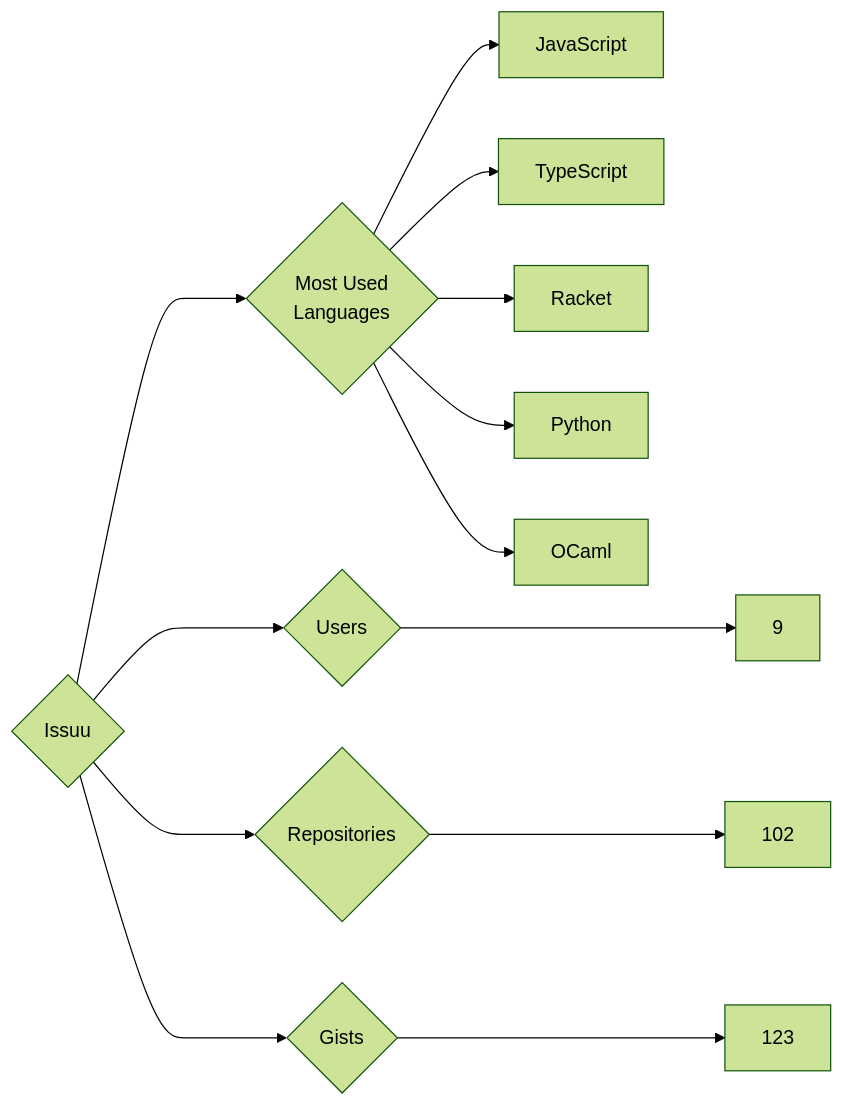
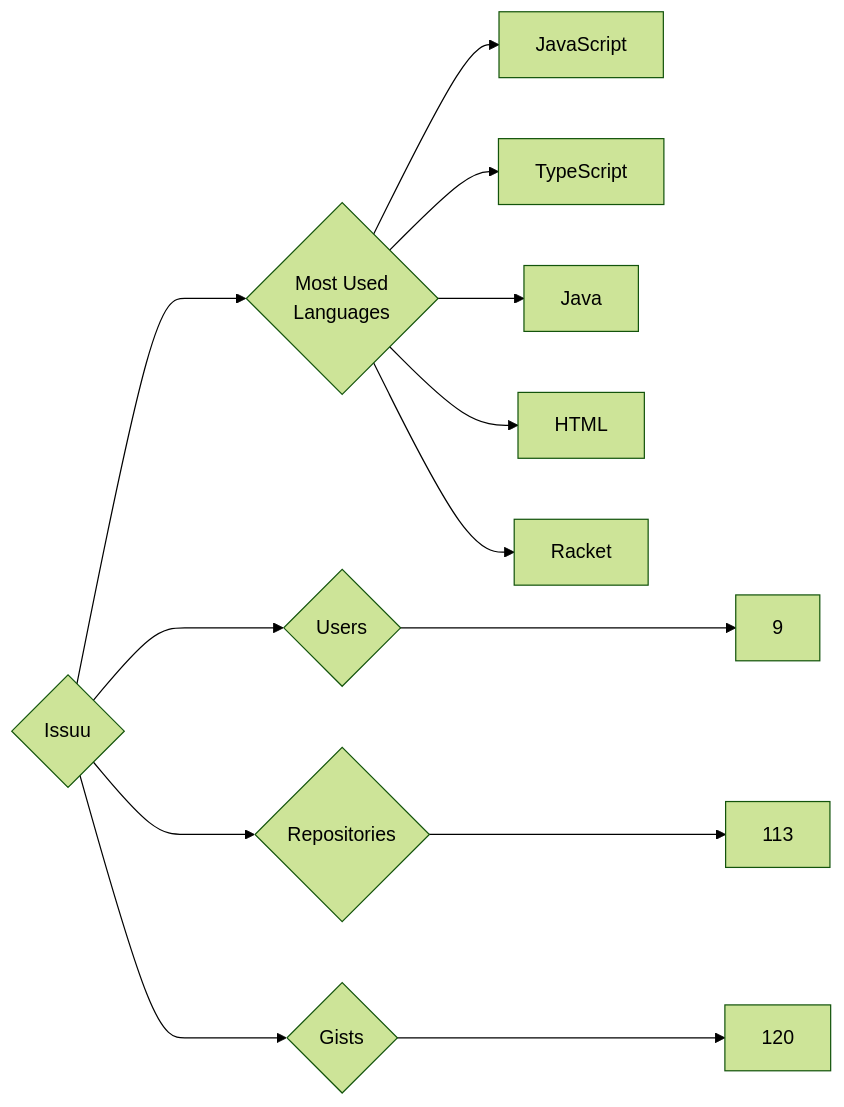
The diagram in targets/Issuu/README.md (trickest/insiders), drawn with Mermaid (forest theme) before and after one commit. The commit also changed 984 other files, not shown here.

````diff
--- a/targets/Issuu/README.md
+++ b/targets/Issuu/README.md
@@ -3,13 +3,13 @@
 ```mermaid
 graph LR
 COMPANY_NAME{Issuu}
 COMPANY_NAME ---> U{Users} ---> UN[9]
-COMPANY_NAME ---> R{Repositories} ---> RN[102]
-COMPANY_NAME ---> G{Gists} ---> GN[123]
+COMPANY_NAME ---> R{Repositories} ---> RN[113]
+COMPANY_NAME ---> G{Gists} ---> GN[120]
 COMPANY_NAME ---> ML{Most Used<br>Languages}
 ML --> JavaScript[JavaScript]
 ML --> TypeScript[TypeScript]
+ML --> Java[Java]
+ML --> HTML[HTML]
 ML --> Racket[Racket]
-ML --> Python[Python]
-ML --> OCaml[OCaml]
 ```
````
